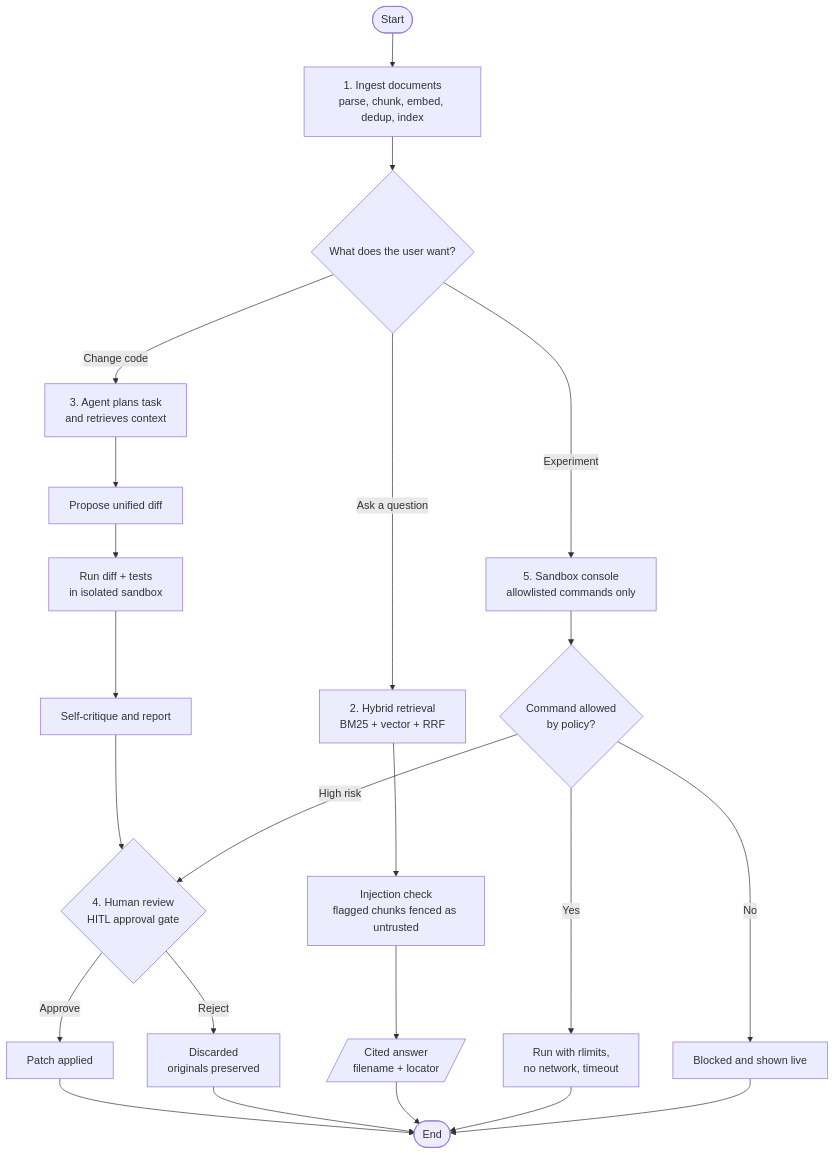
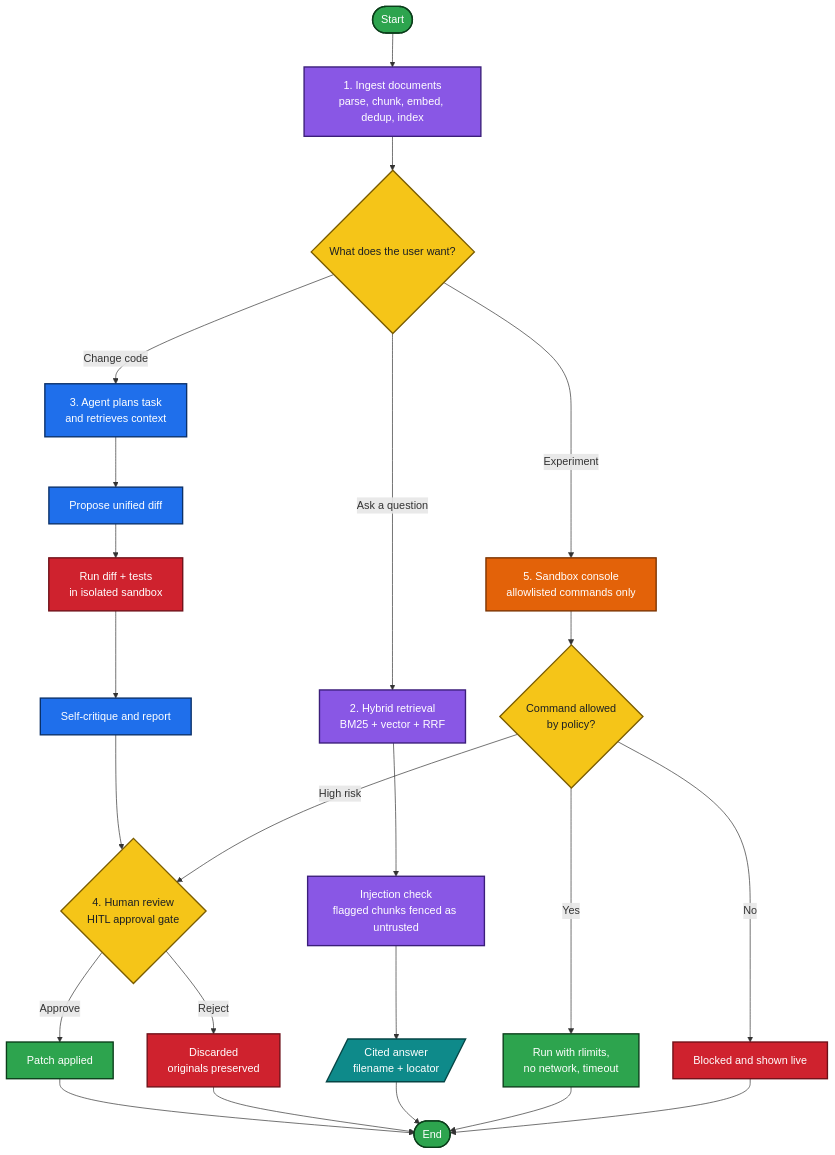
Before and after one commit to sourabhvamdevan/Aegisdev: the second of 2 diagrams in README.md, drawn with Mermaid. The commit also changed other lines of this file, not shown here.

Commit message:
Update README with class definitions and responsibilities
Added class definitions and responsibilities to the README.

````diff
--- a/README.md
+++ b/README.md
@@ -118,29 +138,53 @@
 ```mermaid
 flowchart TD
     A([Start]) --> B[1. Ingest documents<br/>parse, chunk, embed, dedup, index]
     B --> C{What does the user want?}
 
     C -->|Ask a question| D[2. Hybrid retrieval<br/>BM25 + vector + RRF]
     D --> E[Injection check<br/>flagged chunks fenced as untrusted]
     E --> F[/Cited answer<br/>filename + locator/]
 
     C -->|Change code| G[3. Agent plans task<br/>and retrieves context]
     G --> H[Propose unified diff]
     H --> I[Run diff + tests<br/>in isolated sandbox]
     I --> J[Self-critique and report]
     J --> K{4. Human review<br/>HITL approval gate}
     K -->|Approve| L[Patch applied]
     K -->|Reject| M[Discarded<br/>originals preserved]
 
     C -->|Experiment| N[5. Sandbox console<br/>allowlisted commands only]
     N --> O{Command allowed<br/>by policy?}
     O -->|Yes| P[Run with rlimits,<br/>no network, timeout]
     O -->|No| Q[Blocked and shown live]
     O -->|High risk| K
 
     L --> R([End])
     M --> R
     F --> R
     P --> R
     Q --> R
+
+    classDef ext fill:#1f6feb,stroke:#0a3069,color:#ffffff,stroke-width:2px
+    classDef ingest fill:#8957e5,stroke:#3b1e7a,color:#ffffff,stroke-width:2px
+    classDef store fill:#bf8700,stroke:#5c4400,color:#ffffff,stroke-width:2px
+    classDef engine fill:#d1242f,stroke:#6e1018,color:#ffffff,stroke-width:2px
+    classDef api fill:#e36209,stroke:#7a3300,color:#ffffff,stroke-width:2px
+    classDef front fill:#1a7f37,stroke:#0b3d1a,color:#ffffff,stroke-width:2px
+    classDef view fill:#0e8a8a,stroke:#054545,color:#ffffff,stroke-width:2px
+    classDef good fill:#2da44e,stroke:#0b3d1a,color:#ffffff,stroke-width:2px
+    classDef bad fill:#cf222e,stroke:#6e1018,color:#ffffff,stroke-width:2px
+    classDef decide fill:#f5c518,stroke:#7a5c00,color:#1b1f24,stroke-width:2px
+    classDef dark fill:#24292f,stroke:#000000,color:#ffffff,stroke-width:2px
+    class A,R good
+    class B ingest
+    class C,K,O decide
+    class D,E ingest
+    class F view
+    class G,H,J ext
+    class I bad
+    class L good
+    class M bad
+    class N api
+    class P good
+    class Q bad
 ```
````
